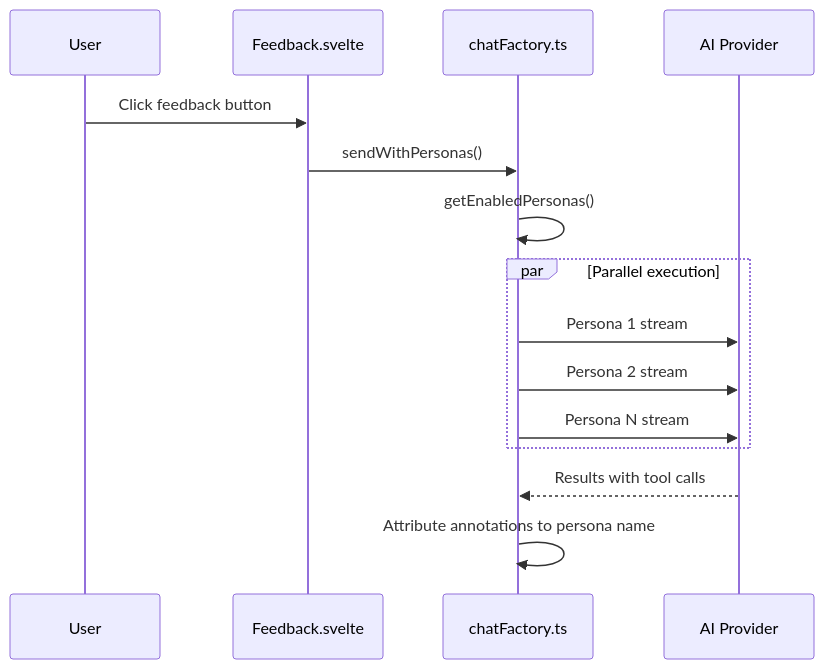
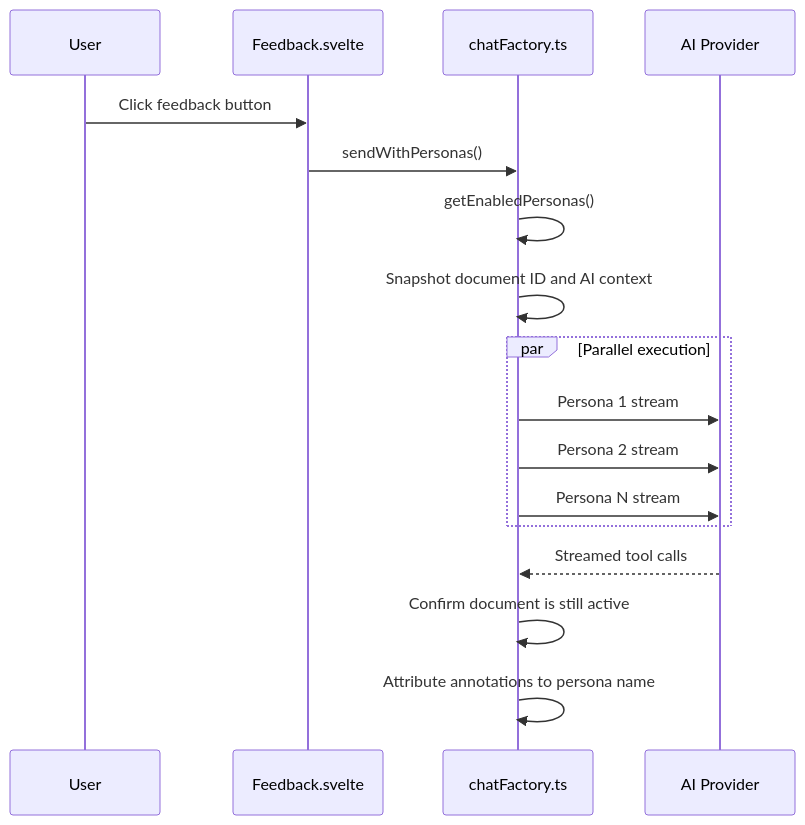
The diagram in docs/reader-personas.md (ThatXliner/Quillium), drawn with Mermaid before and after one commit. The commit also changed other lines of this file and 6 other files, not shown here.

````diff
--- a/docs/reader-personas.md
+++ b/docs/reader-personas.md
@@ -72,20 +72,22 @@
 ```mermaid
 sequenceDiagram
     participant User
     participant Feedback as Feedback.svelte
     participant Factory as chatFactory.ts
     participant AI as AI Provider
 
     User->>Feedback: Click feedback button
     Feedback->>Factory: sendWithPersonas()
     Factory->>Factory: getEnabledPersonas()
+    Factory->>Factory: Snapshot document ID and AI context
     
     par Parallel execution
         Factory->>AI: Persona 1 stream
         Factory->>AI: Persona 2 stream
         Factory->>AI: Persona N stream
     end
     
-    AI-->>Factory: Results with tool calls
+    AI-->>Factory: Streamed tool calls
+    Factory->>Factory: Confirm document is still active
     Factory->>Factory: Attribute annotations to persona name
 ```
````
